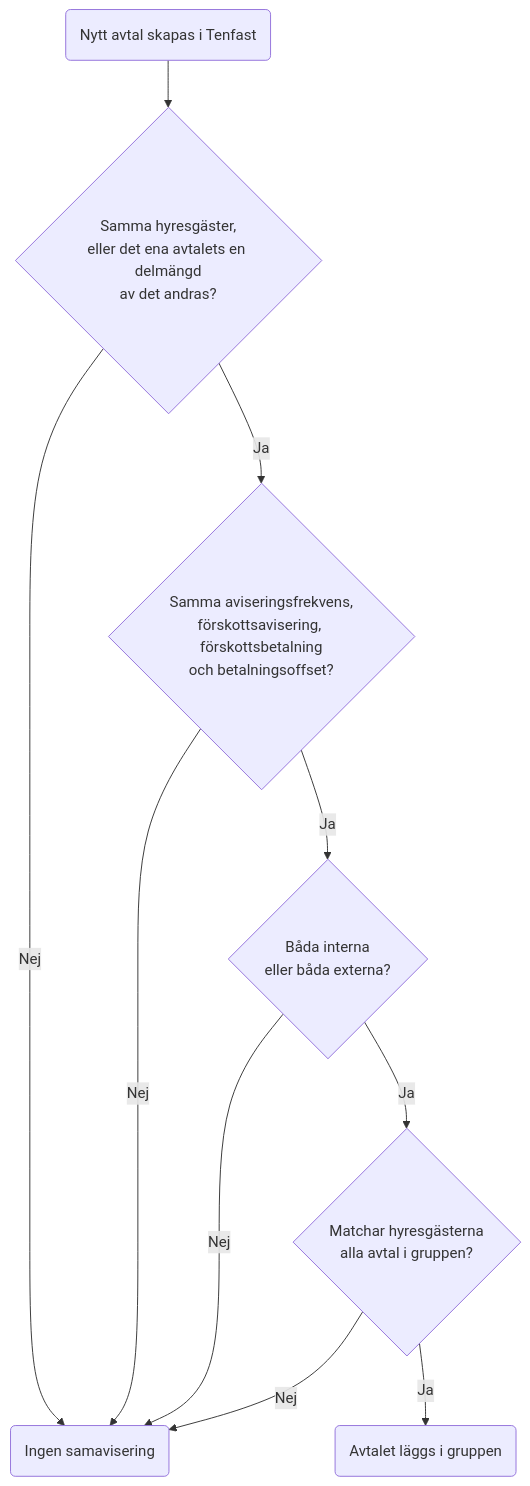
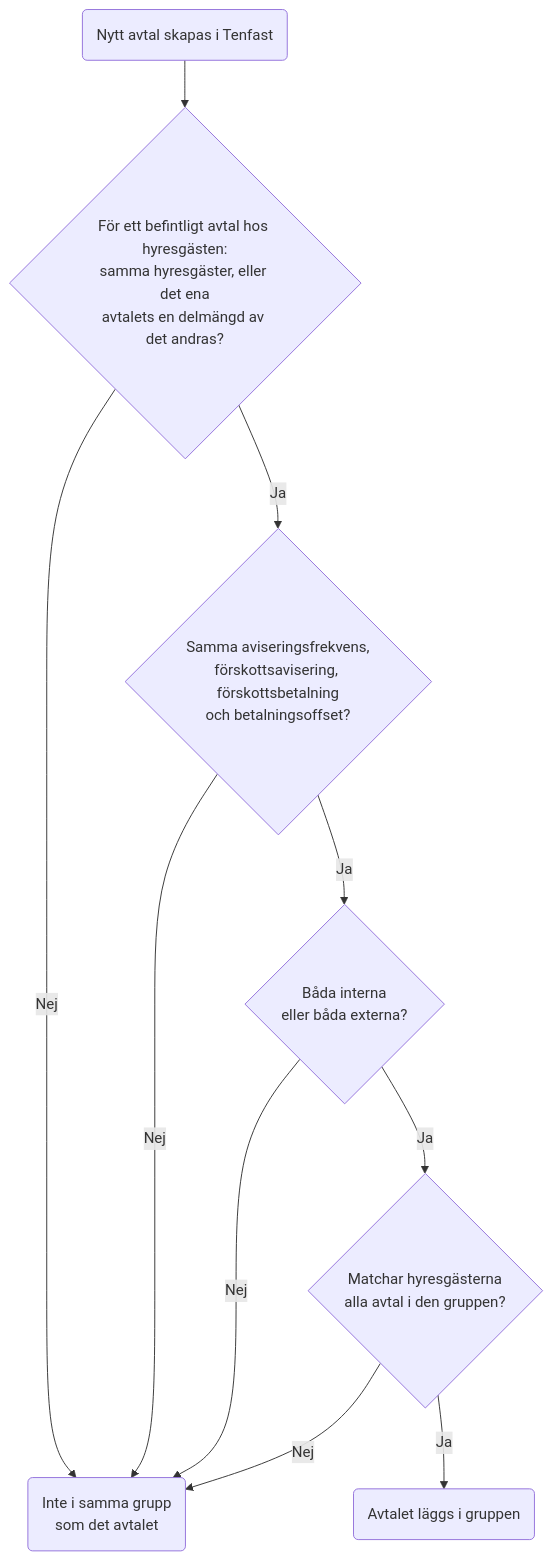
Before and after one commit to Bostads-AB-Mimer/onecore: the diagram in core/src/processes/invoicedistribution/DOCS_Co_Invoicing.md, drawn with Mermaid. The commit also changed other lines of this file and 4 other files, not shown here.

````diff
--- a/core/src/processes/invoicedistribution/DOCS_Co_Invoicing.md
+++ b/core/src/processes/invoicedistribution/DOCS_Co_Invoicing.md
@@ -19,12 +19,12 @@
 ```mermaid
 flowchart TD
-    A(Nytt avtal skapas i Tenfast) --> B{Samma hyresgäster,<br/>eller det ena avtalets en delmängd<br/>av det andras?}
-    B --> |Nej| X(Ingen samavisering)
+    A(Nytt avtal skapas i Tenfast) --> B{För ett befintligt avtal hos hyresgästen:<br/>samma hyresgäster, eller det ena<br/>avtalets en delmängd av det andras?}
+    B --> |Nej| X(Inte i samma grupp<br/>som det avtalet)
     B --> |Ja| C{Samma aviseringsfrekvens,<br/>förskottsavisering, förskottsbetalning<br/>och betalningsoffset?}
     C --> |Nej| X
     C --> |Ja| D{Båda interna<br/>eller båda externa?}
     D --> |Nej| X
-    D --> |Ja| E{Matchar hyresgästerna<br/>alla avtal i gruppen?}
+    D --> |Ja| E{Matchar hyresgästerna<br/>alla avtal i den gruppen?}
     E --> |Nej| X
     E --> |Ja| F(Avtalet läggs i gruppen)
 ```
````
